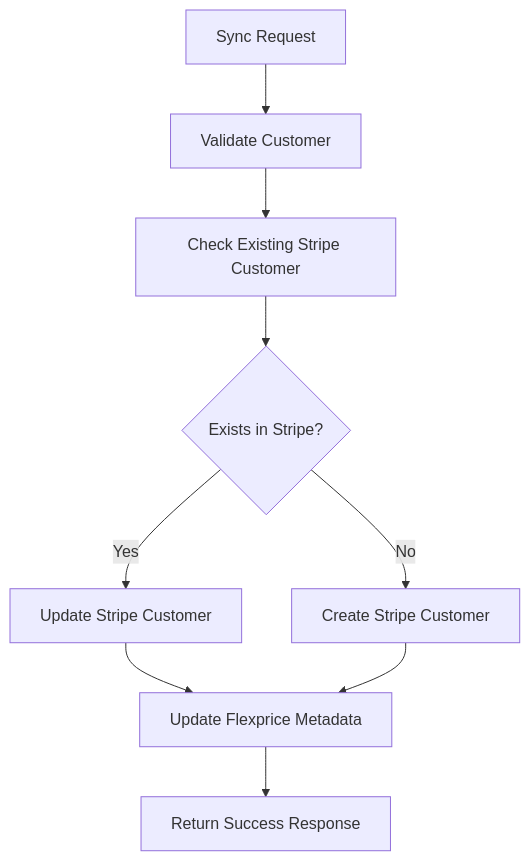
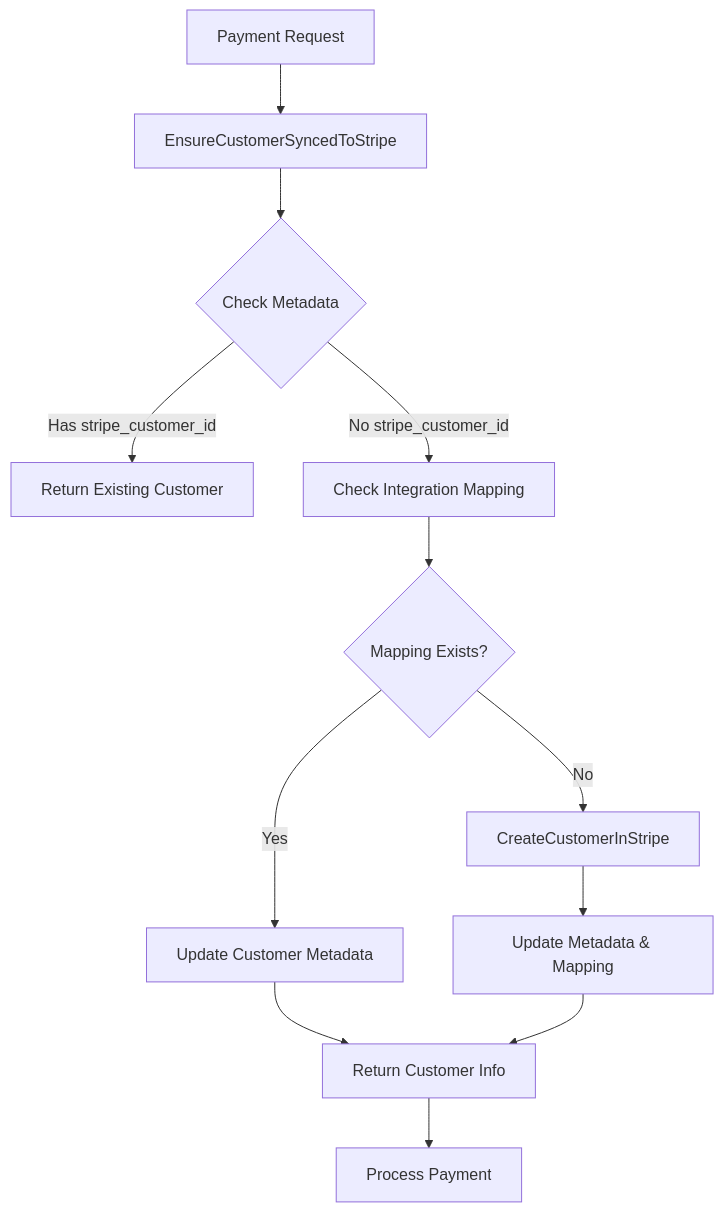
The second of 3 diagrams in docs/Integrations/Stripe/stripe-customer-sync.mdx (flexprice/flexprice-docs), drawn with Mermaid before and after one commit. The commit also changed other lines of this file, not shown here.

Commit message:
feat/integrations : customer sync revamped

````diff
--- a/docs/Integrations/Stripe/stripe-customer-sync.mdx
+++ b/docs/Integrations/Stripe/stripe-customer-sync.mdx
@@ -171,11 +221,14 @@
 ```mermaid
 graph TD
-    A[Sync Request] --> B[Validate Customer]
-    B --> C[Check Existing Stripe Customer]
-    C --> D{Exists in Stripe?}
-    D -->|Yes| E[Update Stripe Customer]
-    D -->|No| F[Create Stripe Customer]
-    E --> G[Update Flexprice Metadata]
-    F --> G
-    G --> H[Return Success Response]
+    A[Payment Request] --> B[EnsureCustomerSyncedToStripe]
+    B --> C{Check Metadata}
+    C -->|Has stripe_customer_id| D[Return Existing Customer]
+    C -->|No stripe_customer_id| E[Check Integration Mapping]
+    E --> F{Mapping Exists?}
+    F -->|Yes| G[Update Customer Metadata]
+    F -->|No| H[CreateCustomerInStripe]
+    G --> I[Return Customer Info]
+    H --> J[Update Metadata & Mapping]
+    J --> I
+    I --> K[Process Payment]
 ```
````
